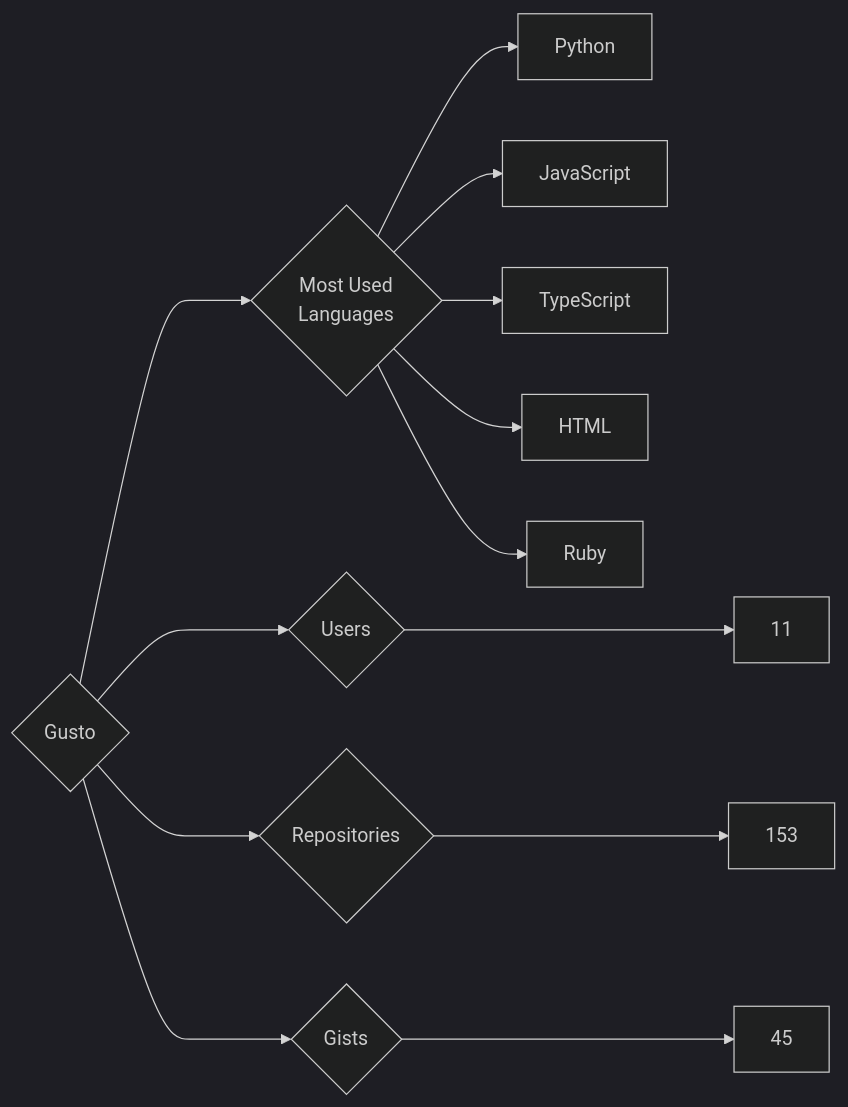
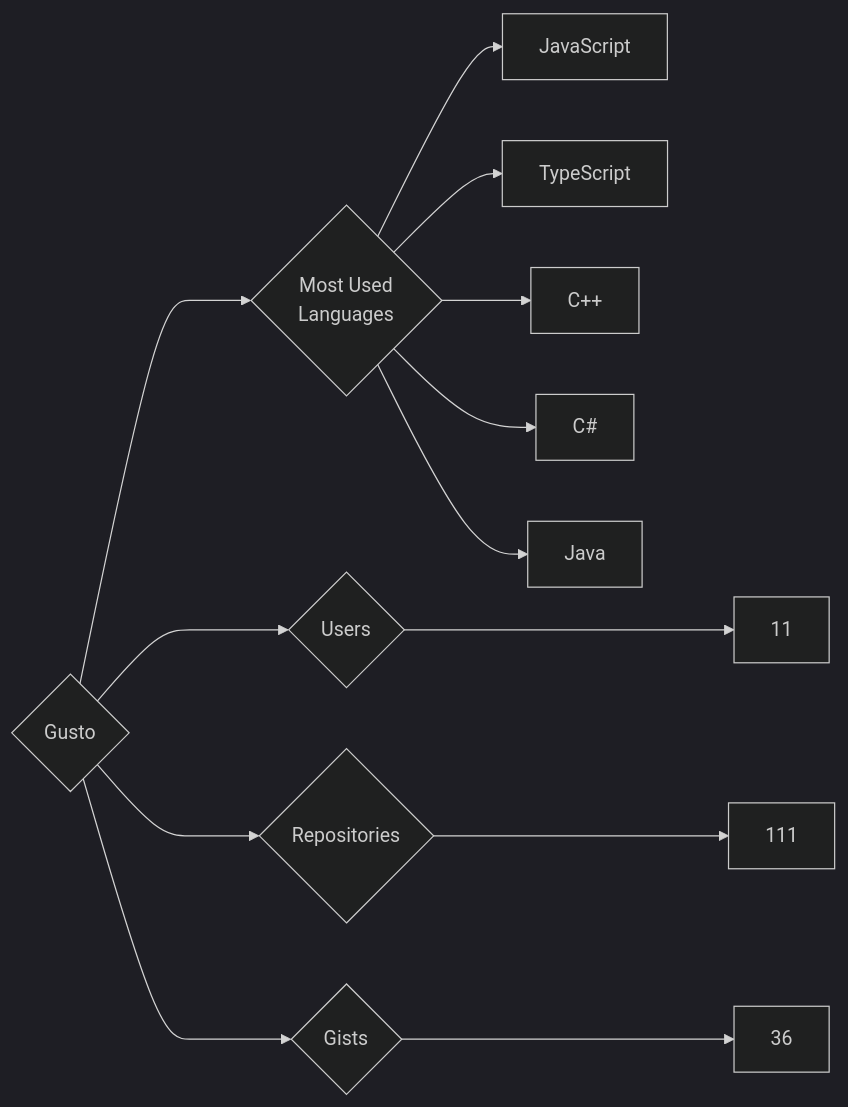
One commit to trickest/insiders changed the diagram in targets/Gusto/README.md. Above: the diagram before and after it, drawn with Mermaid (dark theme). The commit also changed 699 other files, not shown here.

````diff
--- a/targets/Gusto/README.md
+++ b/targets/Gusto/README.md
@@ -3,13 +3,13 @@
 ```mermaid
 graph LR
 COMPANY_NAME{Gusto}
 COMPANY_NAME ---> U{Users} ---> UN[11]
-COMPANY_NAME ---> R{Repositories} ---> RN[153]
-COMPANY_NAME ---> G{Gists} ---> GN[45]
+COMPANY_NAME ---> R{Repositories} ---> RN[111]
+COMPANY_NAME ---> G{Gists} ---> GN[36]
 COMPANY_NAME ---> ML{Most Used<br>Languages}
-ML --> Python[Python]
 ML --> JavaScript[JavaScript]
 ML --> TypeScript[TypeScript]
-ML --> HTML[HTML]
-ML --> Ruby[Ruby]
+ML --> C++[C++]
+ML --> C#[C#]
+ML --> Java[Java]
 ```
````
